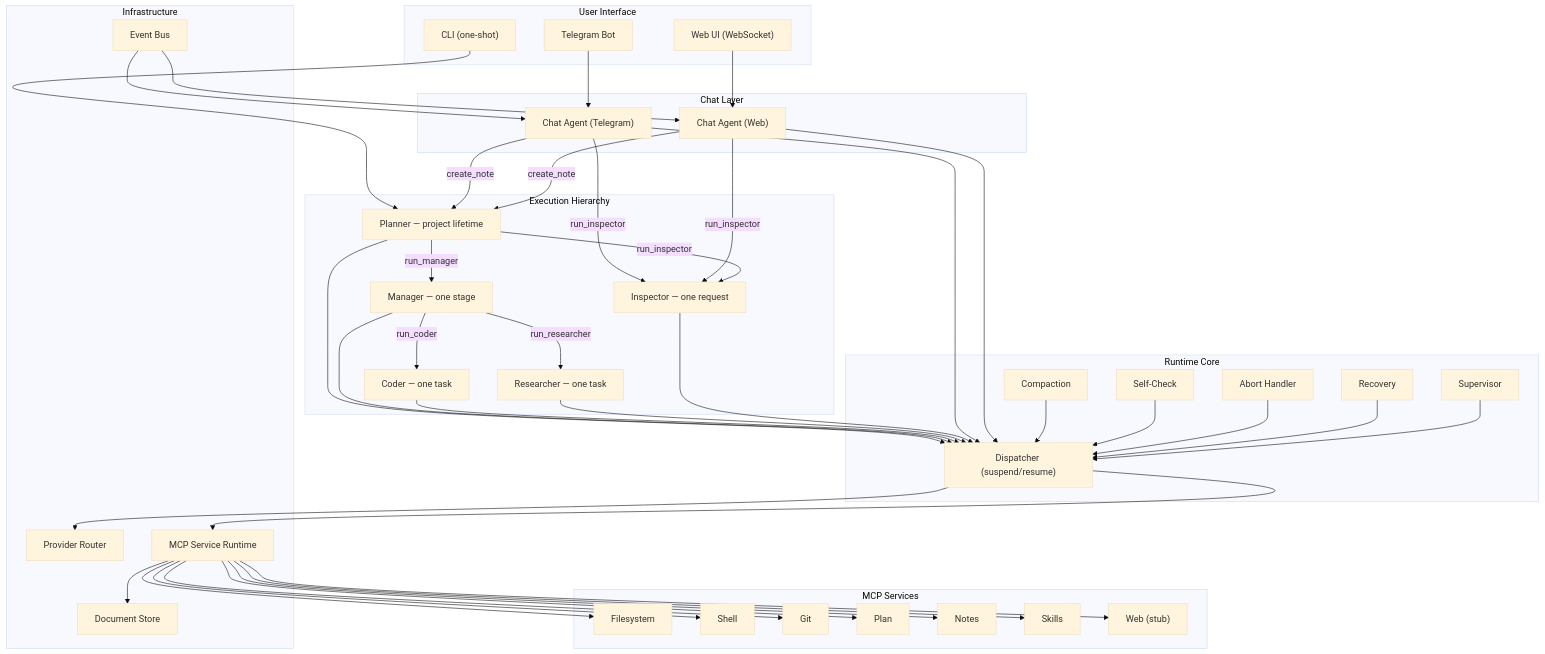
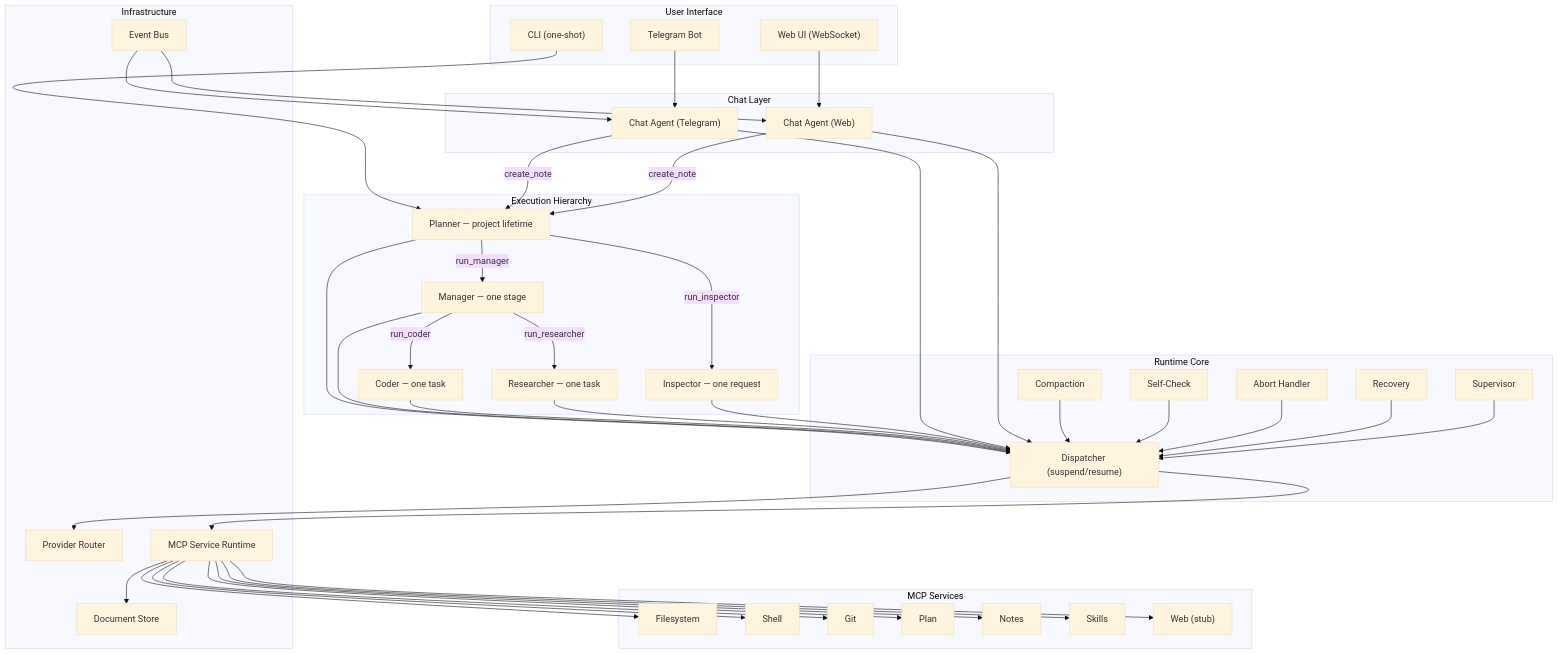
The first of 7 diagrams in docs/internals/architecture.md (salva/saivage), drawn with Mermaid (base theme) before and after one commit. The commit also changed other lines of this file, not shown here.

First line of the commit message:
docs: wave 10 — accuracy fixes for docs/internals/architecture.md

````diff
--- a/docs/internals/architecture.md
+++ b/docs/internals/architecture.md
@@ -37,72 +37,70 @@
 ```mermaid
 graph TB
     subgraph "User Interface"
         TG["Telegram Bot"]
         WEB["Web UI (WebSocket)"]
         CLI["CLI (one-shot)"]
     end
 
     subgraph "Chat Layer"
         CT["Chat Agent (Telegram)"]
         CW["Chat Agent (Web)"]
     end
 
     subgraph "Execution Hierarchy"
         PL["Planner — project lifetime"]
         MG["Manager — one stage"]
         CD["Coder — one task"]
         RS["Researcher — one task"]
         IN["Inspector — one request"]
     end
 
     subgraph "Runtime Core"
         DISP["Dispatcher (suspend/resume)"]
         COMP["Compaction"]
         SC["Self-Check"]
         ABORT["Abort Handler"]
         REC["Recovery"]
         SUP["Supervisor"]
     end
 
     subgraph "Infrastructure"
         LLM["Provider Router"]
         MCP["MCP Service Runtime"]
         EBUS["Event Bus"]
         STORE["Document Store"]
     end
 
     subgraph "MCP Services"
         FS["Filesystem"]
         SH["Shell"]
         GIT["Git"]
         PLAN["Plan"]
         NOTES["Notes"]
         SK["Skills"]
         WB["Web (stub)"]
     end
 
     TG --> CT
     WEB --> CW
     CLI --> PL
     CT -->|create_note| PL
     CW -->|create_note| PL
-    CT & CW -->|run_inspector| IN
-
     PL -->|run_manager| MG
     PL -->|run_inspector| IN
     MG -->|run_coder| CD
     MG -->|run_researcher| RS
 
     PL & MG & CD & RS & IN & CT & CW --> DISP
     DISP --> LLM
     DISP --> MCP
     COMP --> DISP
     SC --> DISP
     ABORT --> DISP
     REC --> DISP
     SUP --> DISP
 
     MCP --> FS & SH & GIT & PLAN & NOTES & SK & WB
     MCP --> STORE
     EBUS --> CT & CW
 ```
````
